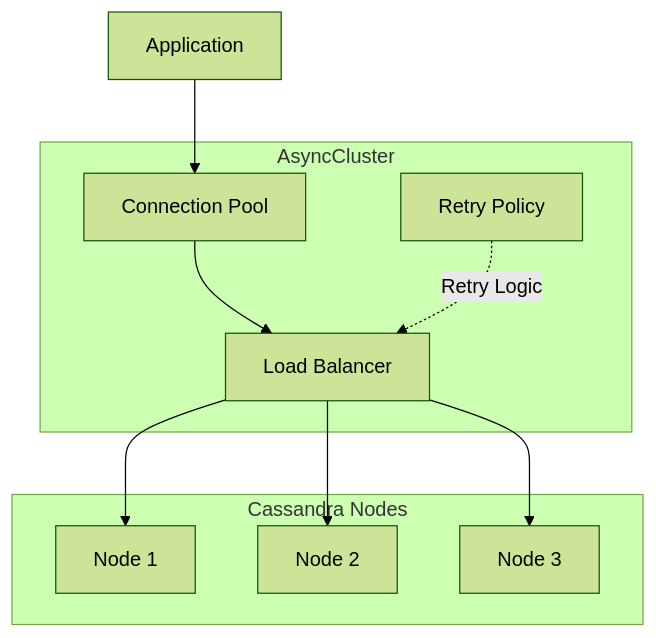
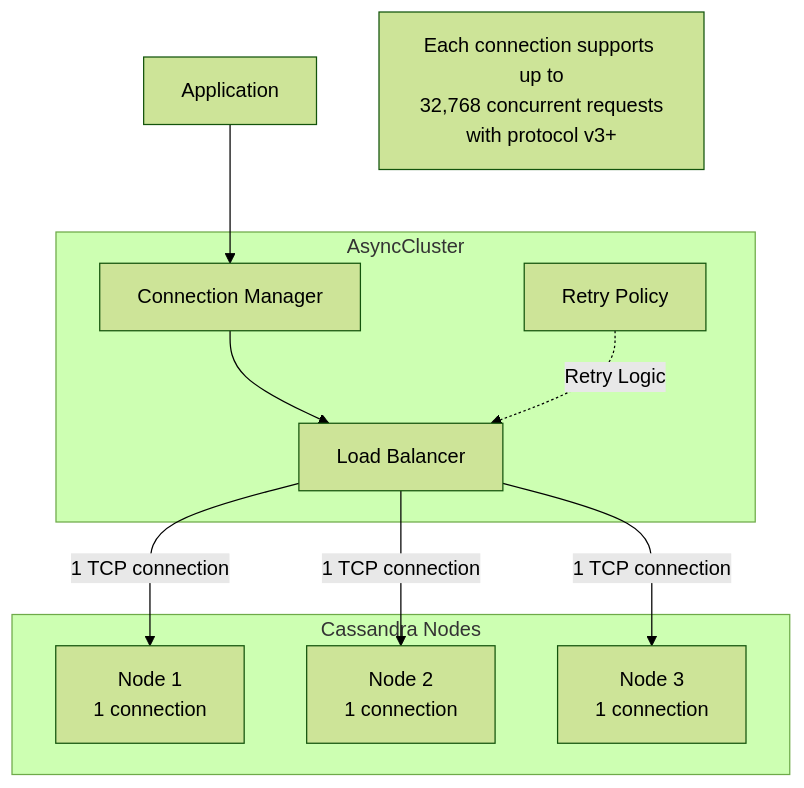
Before and after one commit to axonops/async-python-cassandra: the eighth of 12 diagrams in docs/architecture.md, drawn with Mermaid (forest theme). The commit also changed other lines of this file and 21 other files, not shown here.

````diff
--- a/docs/architecture.md
+++ b/docs/architecture.md
@@ -172,22 +174,24 @@
 ```mermaid
 graph TB
     subgraph "AsyncCluster"
-        CP[Connection Pool]
+        CP[Connection Manager]
         LB[Load Balancer]
         RP[Retry Policy]
     end
     
     subgraph "Cassandra Nodes"
-        N1[Node 1]
-        N2[Node 2]
-        N3[Node 3]
+        N1[Node 1<br/>1 connection]
+        N2[Node 2<br/>1 connection]
+        N3[Node 3<br/>1 connection]
     end
     
     App[Application] --> CP
     CP --> LB
-    LB --> N1
-    LB --> N2
-    LB --> N3
+    LB -->|"1 TCP connection"| N1
+    LB -->|"1 TCP connection"| N2
+    LB -->|"1 TCP connection"| N3
     
     RP -.->|Retry Logic| LB
+    
+    Note[Each connection supports up to<br/>32,768 concurrent requests<br/>with protocol v3+]
 ```
````
